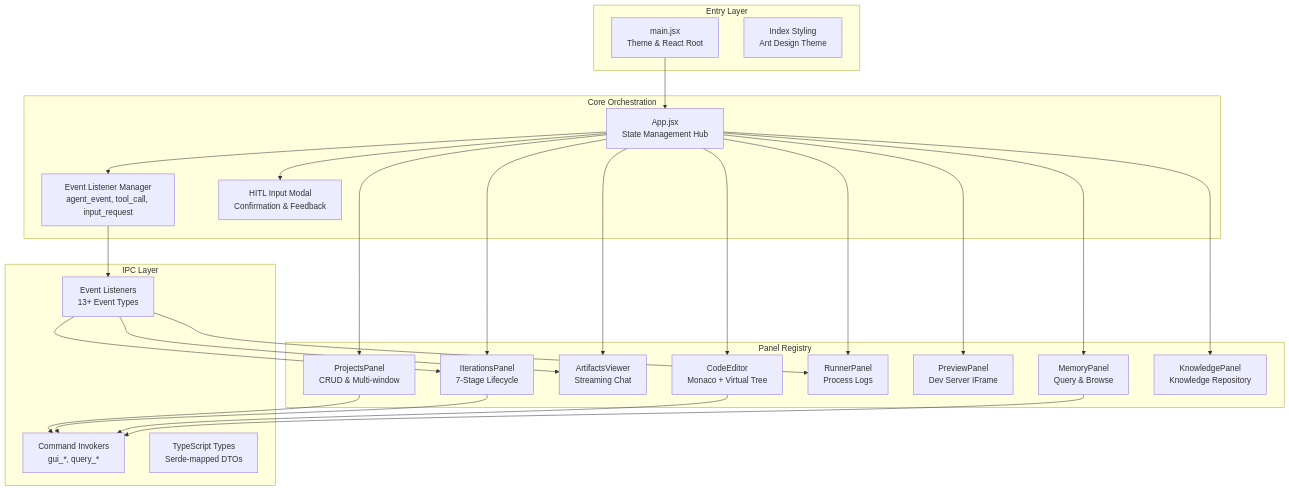
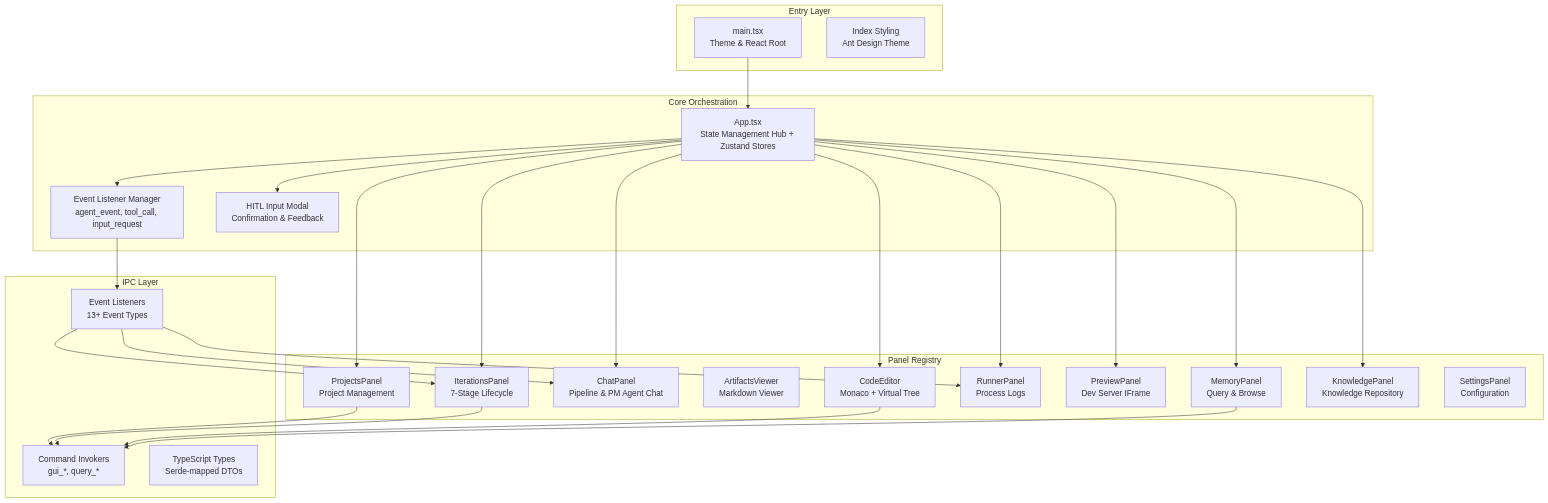
Before and after one commit to sopaco/cowork-forge: the second of 3 diagrams in litho.docs/en/4.Deep-Exploration/GUI Frontend Domain.md, drawn with Mermaid. The commit also changed other lines of this file and 8 other files, not shown here.

First line of the commit message:
Enable streaming for PM agent responses

````diff
--- a/litho.docs/en/4.Deep-Exploration/GUI Frontend Domain.md
+++ b/litho.docs/en/4.Deep-Exploration/GUI Frontend Domain.md
@@ -61,52 +61,54 @@
 ```mermaid
 flowchart TB
     subgraph EntryLayer["Entry Layer"]
-        Main[main.jsx<br/>Theme & React Root]
+        Main[main.tsx<br/>Theme & React Root]
         IndexCSS[Index Styling<br/>Ant Design Theme]
     end
     
     subgraph OrchestrationLayer["Core Orchestration"]
-        App[App.jsx<br/>State Management Hub]
+        App[App.tsx<br/>State Management Hub + Zustand Stores]
         EventManager[Event Listener Manager<br/>agent_event, tool_call, input_request]
         InputModal[HITL Input Modal<br/>Confirmation & Feedback]
     end
     
     subgraph PanelLayer["Panel Registry"]
-        Projects[ProjectsPanel<br/>CRUD & Multi-window]
+        Projects[ProjectsPanel<br/>Project Management]
         Iterations[IterationsPanel<br/>7-Stage Lifecycle]
-        Chat[ArtifactsViewer<br/>Streaming Chat]
+        Chat[ChatPanel<br/>Pipeline & PM Agent Chat]
+        Artifacts[ArtifactsViewer<br/>Markdown Viewer]
         Editor[CodeEditor<br/>Monaco + Virtual Tree]
         Runner[RunnerPanel<br/>Process Logs]
         Preview[PreviewPanel<br/>Dev Server IFrame]
         Memory[MemoryPanel<br/>Query & Browse]
         Knowledge[KnowledgePanel<br/>Knowledge Repository]
+        Settings[SettingsPanel<br/>Configuration]
     end
     
     subgraph Communication["IPC Layer"]
         Commands[Command Invokers<br/>gui_*, query_*]
         Listeners[Event Listeners<br/>13+ Event Types]
         Types[TypeScript Types<br/>Serde-mapped DTOs]
     end
     
     Main --> App
     App --> EventManager
     App --> InputModal
     App --> Projects
     App --> Iterations
     App --> Chat
     App --> Editor
     App --> Runner
     App --> Preview
     App --> Memory
     App --> Knowledge
     
     Projects --> Commands
     Iterations --> Commands
     Editor --> Commands
     Memory --> Commands
     
     EventManager --> Listeners
     Listeners --> Chat
     Listeners --> Iterations
     Listeners --> Runner
 ```
````
